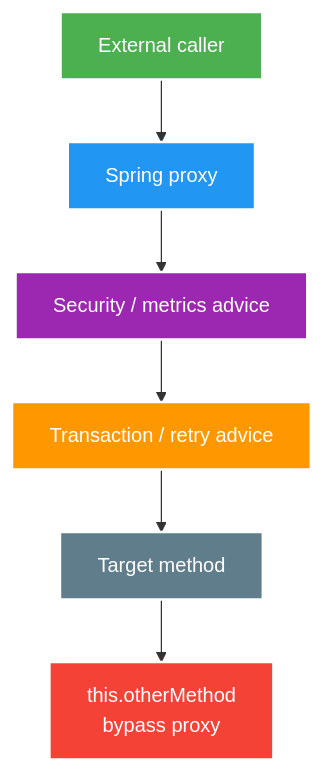
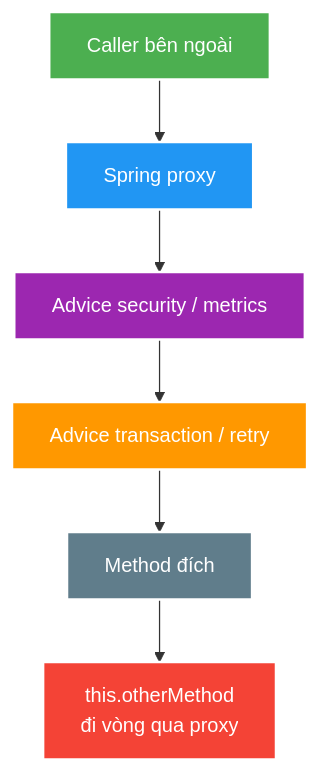
One commit to HungPhan200591/live-stream-backend changed the diagram in docs/learning/topics/spring/theory/core/proxies-aop-and-transactional-boundaries.md. Above: the diagram before and after it, drawn with Mermaid. The commit also changed other lines of this file and 177 other files, not shown here.

````diff
--- a/docs/learning/topics/spring/theory/core/proxies-aop-and-transactional-boundaries.md
+++ b/docs/learning/topics/spring/theory/core/proxies-aop-and-transactional-boundaries.md
@@ -30,14 +30,14 @@
 ```mermaid
 flowchart TB
-    C["External caller"] --> P["Spring proxy"]
-    P --> A1["Security / metrics advice"]
-    A1 --> A2["Transaction / retry advice"]
-    A2 --> T["Target method"]
-    T --> S["this.otherMethod<br/>bypass proxy"]
+    C["Caller bên ngoài"] --> P["Spring proxy"]
+    P --> A1["Advice security / metrics"]
+    A1 --> A2["Advice transaction / retry"]
+    A2 --> T["Method đích"]
+    T --> S["this.otherMethod<br/>đi vòng qua proxy"]
     style C fill:#4CAF50,stroke:#fff,stroke-width:2px,color:#fff
     style P fill:#2196F3,stroke:#fff,stroke-width:2px,color:#fff
     style A1 fill:#9C27B0,stroke:#fff,stroke-width:2px,color:#fff
     style A2 fill:#FF9800,stroke:#fff,stroke-width:2px,color:#fff
     style T fill:#607D8B,stroke:#fff,stroke-width:2px,color:#fff
     style S fill:#F44336,stroke:#fff,stroke-width:2px,color:#fff
 ```
````
